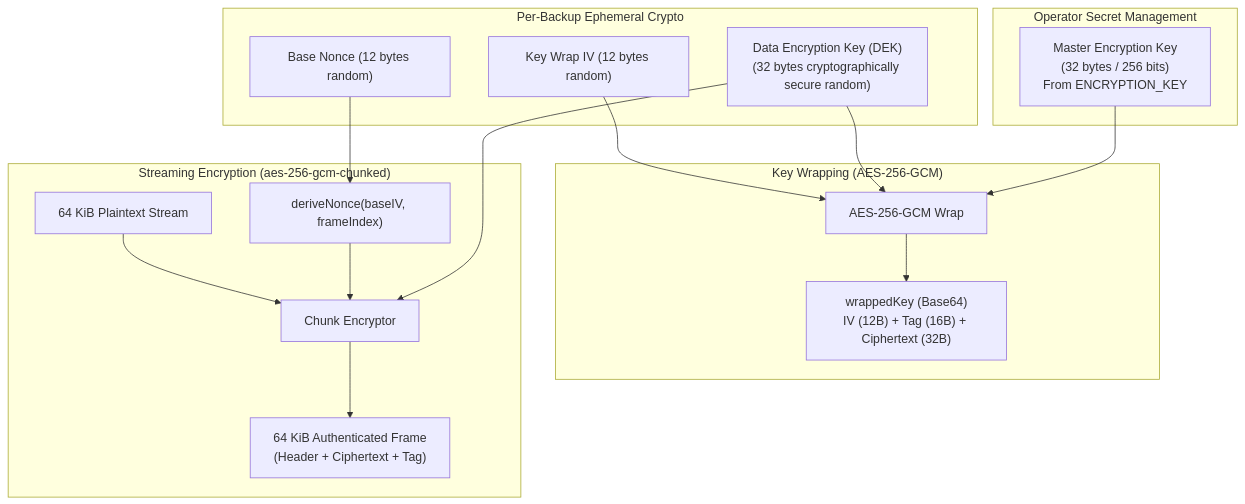
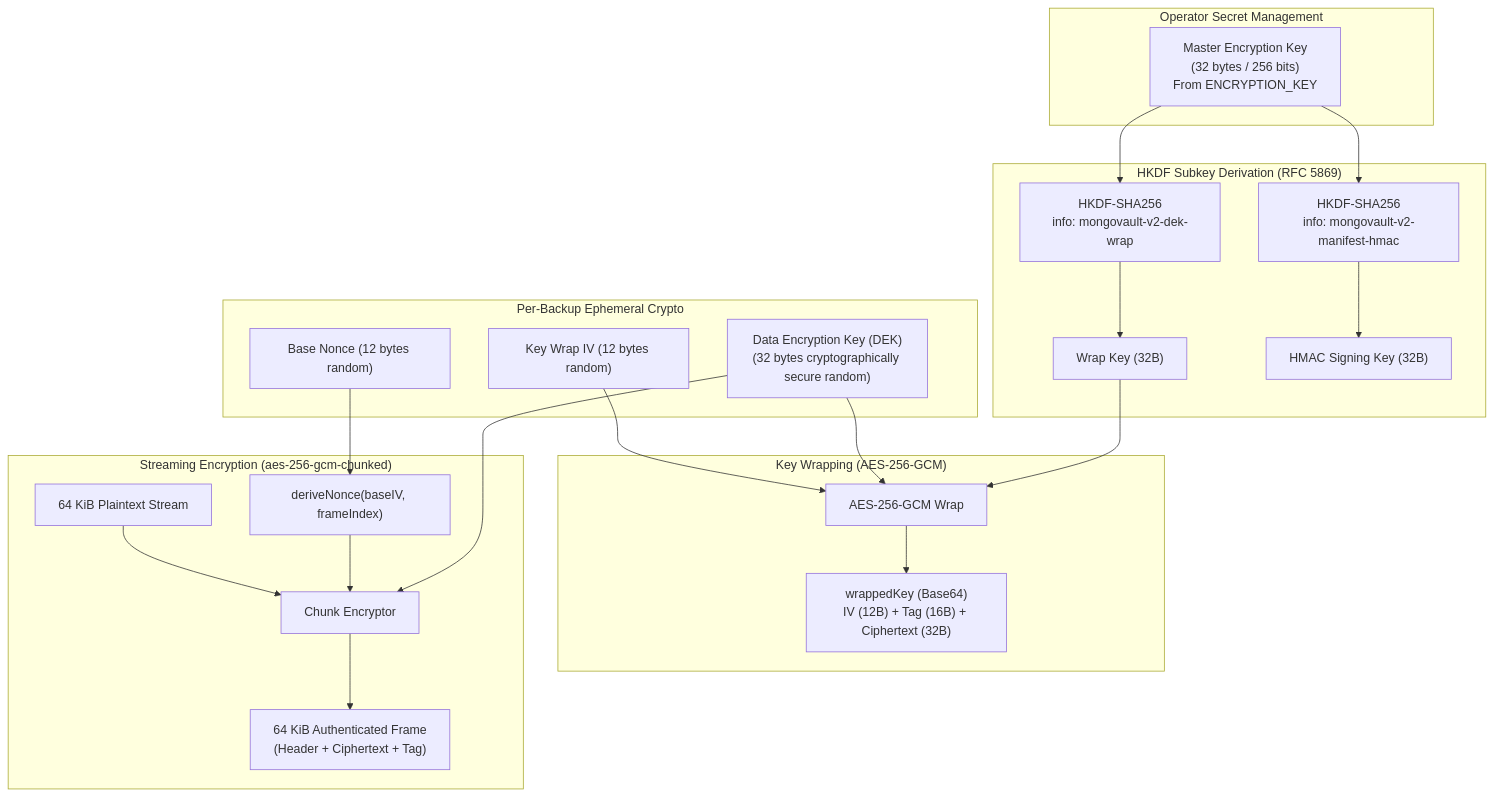
One commit to bhatbazik/MongoVault changed diagram 11 of 11 in README.md. Above: the diagram before and after it, drawn with Mermaid. The commit also changed other lines of this file and 8 other files, not shown here.

Commit message:
refactor: implement HKDF sub-key derivation for cryptographic separation and remove legacy encryption fallback

````diff
--- a/README.md
+++ b/README.md
@@ -1199,27 +1214,34 @@
 ```mermaid
 flowchart TD
     subgraph MasterKeySpace["Operator Secret Management"]
         MK["Master Encryption Key\n(32 bytes / 256 bits)\nFrom ENCRYPTION_KEY"]
+    end
+
+    subgraph Derivation["HKDF Subkey Derivation (RFC 5869)"]
+        MK --> HKDF_Wrap["HKDF-SHA256\ninfo: mongovault-v2-dek-wrap"]
+        MK --> HKDF_Hmac["HKDF-SHA256\ninfo: mongovault-v2-manifest-hmac"]
+        HKDF_Wrap --> WrapKey["Wrap Key (32B)"]
+        HKDF_Hmac --> HmacKey["HMAC Signing Key (32B)"]
     end
 
     subgraph DEKSpace["Per-Backup Ephemeral Crypto"]
         DEK["Data Encryption Key (DEK)\n(32 bytes cryptographically secure random)"]
         BaseIV["Base Nonce (12 bytes random)"]
         WrapIV["Key Wrap IV (12 bytes random)"]
     end
 
     subgraph Wrapping["Key Wrapping (AES-256-GCM)"]
-        MK --> WrapEngine["AES-256-GCM Wrap"]
+        WrapKey --> WrapEngine["AES-256-GCM Wrap"]
         DEK --> WrapEngine
         WrapIV --> WrapEngine
         WrapEngine --> WrappedDEK["wrappedKey (Base64)\nIV (12B) + Tag (16B) + Ciphertext (32B)"]
     end
 
     subgraph PayloadFraming["Streaming Encryption (aes-256-gcm-chunked)"]
         DEK --> EncryptChunk["Chunk Encryptor"]
         BaseIV --> DeriveNonce["deriveNonce(baseIV, frameIndex)"]
         DeriveNonce --> EncryptChunk
         Plaintext["64 KiB Plaintext Stream"] --> EncryptChunk
         EncryptChunk --> Frame["64 KiB Authenticated Frame\n(Header + Ciphertext + Tag)"]
     end
 ```
````
